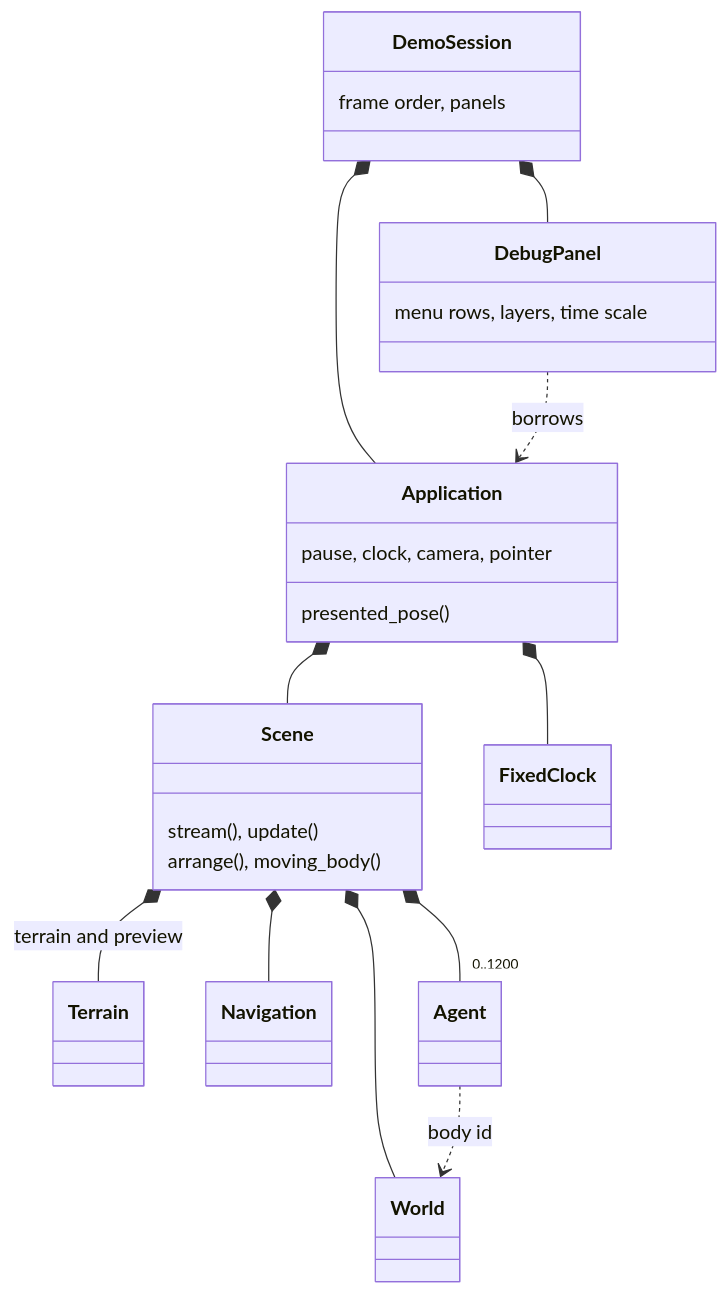
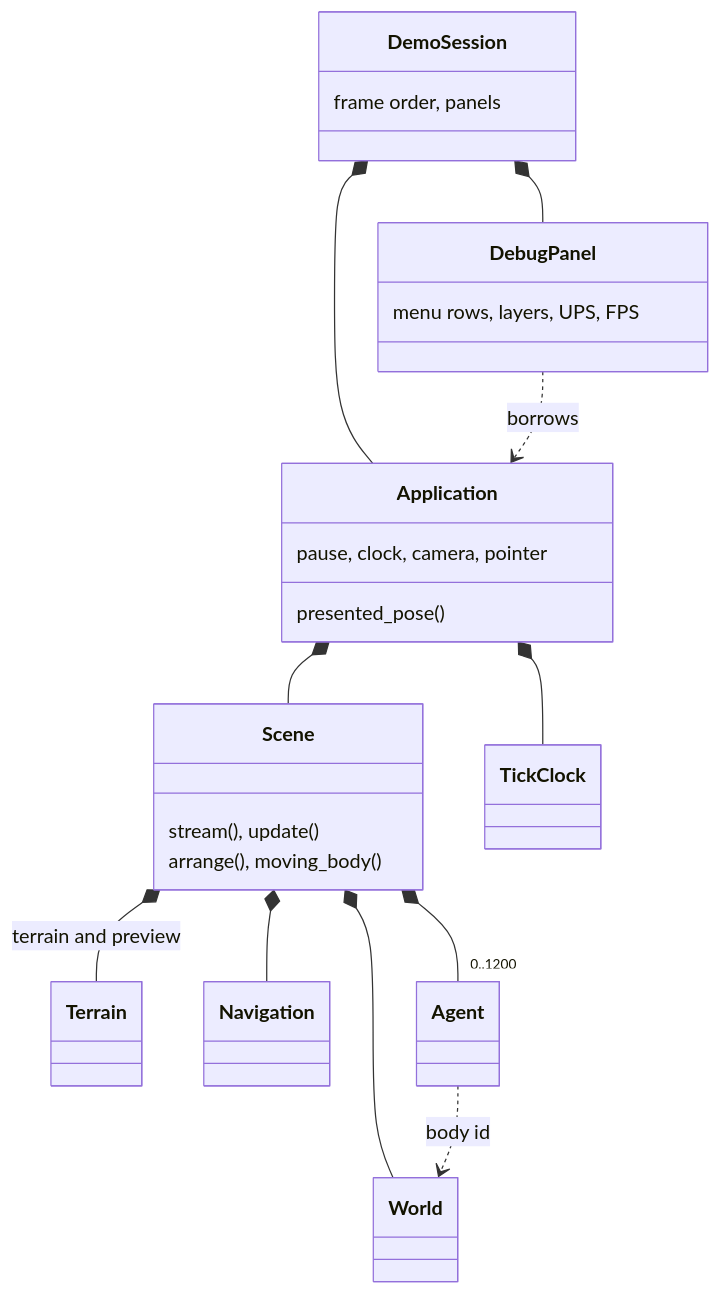
The first of 3 diagrams in labs/demo/README.md (SMB-M87/Kinetra-Lab), drawn with Mermaid before and after one commit. The commit also changed other lines of this file and 47 other files, not shown here.

First line of the commit message:
feat(labs): UPS up to a million and an FPS row in every lab

````diff
--- a/labs/demo/README.md
+++ b/labs/demo/README.md
@@ -97,27 +97,27 @@
 ```mermaid
 classDiagram
     class DemoSession {
         frame order, panels
     }
     class DebugPanel {
-        menu rows, layers, time scale
+        menu rows, layers, UPS, FPS
     }
     class Application {
         pause, clock, camera, pointer
         presented_pose()
     }
     class Scene {
         stream(), update()
         arrange(), moving_body()
     }
     DemoSession *-- Application
     DemoSession *-- DebugPanel
     DebugPanel ..> Application : borrows
     Application *-- Scene
-    Application *-- FixedClock
+    Application *-- TickClock
     Scene *-- World
     Scene *-- Terrain : terrain and preview
     Scene *-- Navigation
     Scene *-- "0..1200" Agent
     Agent ..> World : body id
 ```
````
